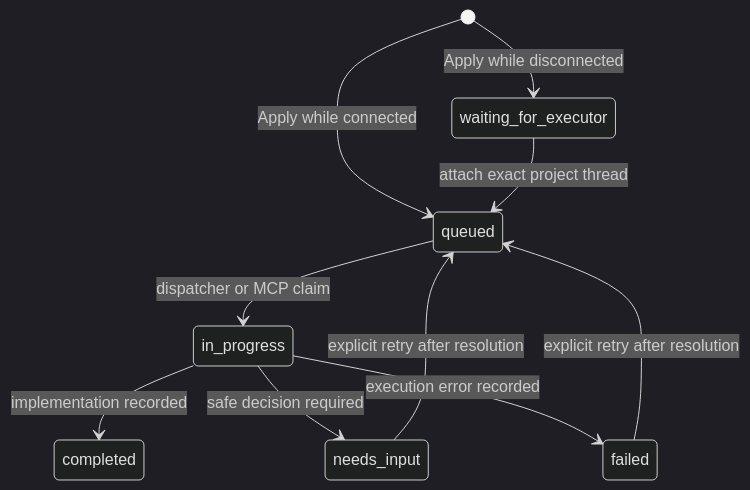
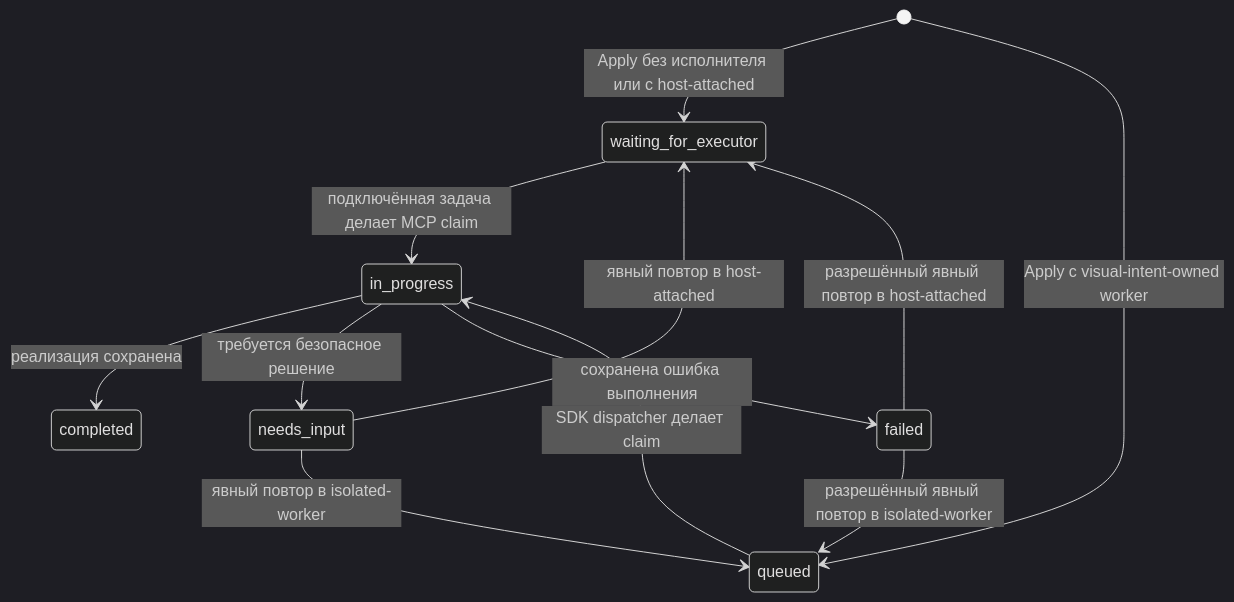
One commit to PRODactionPRO/visual-intent changed the second of 2 diagrams in docs/PROTOCOL.md. Above: the diagram before and after it, drawn with Mermaid (dark theme). The commit also changed other lines of this file and 21 other files, not shown here.

Commit message:
feat: harden project-local Visual Intent sessions

````diff
--- a/docs/PROTOCOL.md
+++ b/docs/PROTOCOL.md
@@ -130,12 +130,14 @@
 ```mermaid
 stateDiagram-v2
-  [*] --> waiting_for_executor: Apply while disconnected
-  [*] --> queued: Apply while connected
-  waiting_for_executor --> queued: attach exact project thread
-  queued --> in_progress: dispatcher or MCP claim
-  in_progress --> completed: implementation recorded
-  in_progress --> needs_input: safe decision required
-  in_progress --> failed: execution error recorded
-  needs_input --> queued: explicit retry after resolution
-  failed --> queued: explicit retry after resolution
+  [*] --> waiting_for_executor: Apply без исполнителя или с host-attached
+  [*] --> queued: Apply с visual-intent-owned worker
+  waiting_for_executor --> in_progress: подключённая задача делает MCP claim
+  queued --> in_progress: SDK dispatcher делает claim
+  in_progress --> completed: реализация сохранена
+  in_progress --> needs_input: требуется безопасное решение
+  in_progress --> failed: сохранена ошибка выполнения
+  needs_input --> waiting_for_executor: явный повтор в host-attached
+  needs_input --> queued: явный повтор в isolated-worker
+  failed --> waiting_for_executor: разрешённый явный повтор в host-attached
+  failed --> queued: разрешённый явный повтор в isolated-worker
 ```
````
